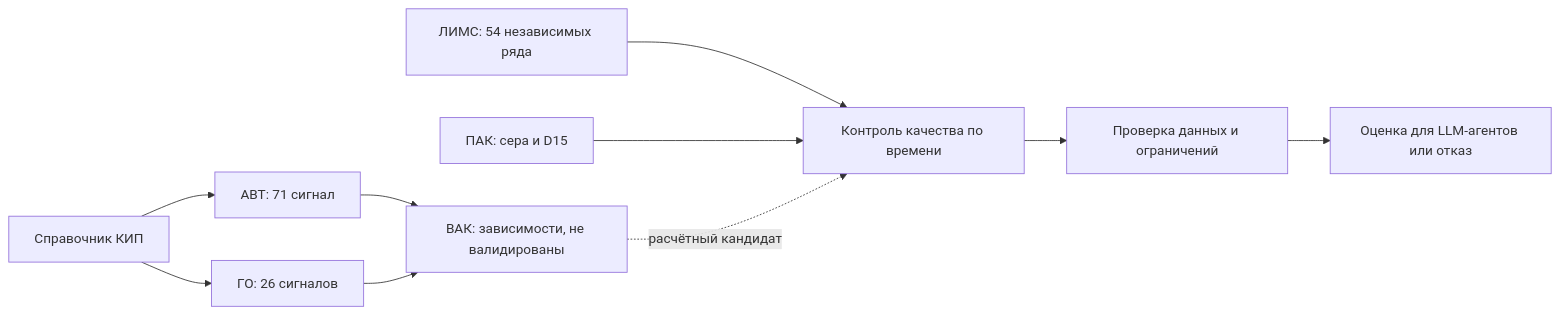
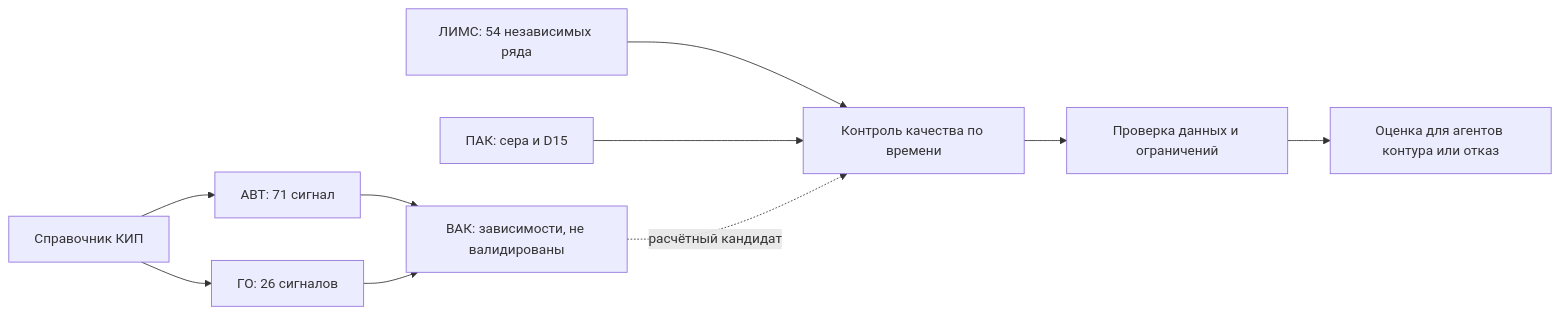
Before and after one commit to ModestV/OilCodeHack: the diagram in DataMap/Связи и синхронизация.md, drawn with Mermaid. The commit also changed 44 other files, not shown here.

````diff
--- a/DataMap/Связи и синхронизация.md
+++ b/DataMap/Связи и синхронизация.md
@@ -23,12 +23,12 @@
 ```mermaid
 flowchart LR
   KIP[Справочник КИП] --> AVT[АВТ: 71 сигнал]
   KIP --> HT[ГО: 26 сигналов]
   AVT --> V[ВАК: зависимости, не валидированы]
   HT --> V
   LA[ЛИМС: 54 независимых ряда] --> Q[Контроль качества по времени]
   PA[ПАК: сера и D15] --> Q
   V -. расчётный кандидат .-> Q
   Q --> G[Проверка данных и ограничений]
-  G --> A[Оценка для LLM-агентов или отказ]
+  G --> A[Оценка для агентов контура или отказ]
 ```
````
